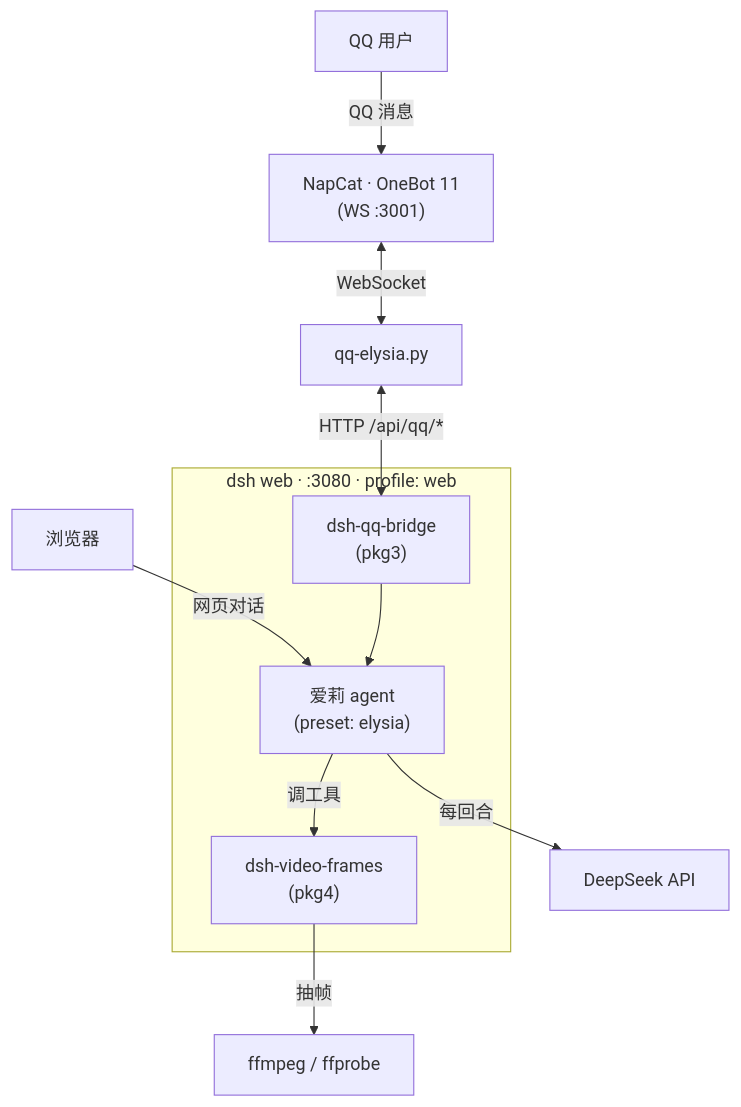
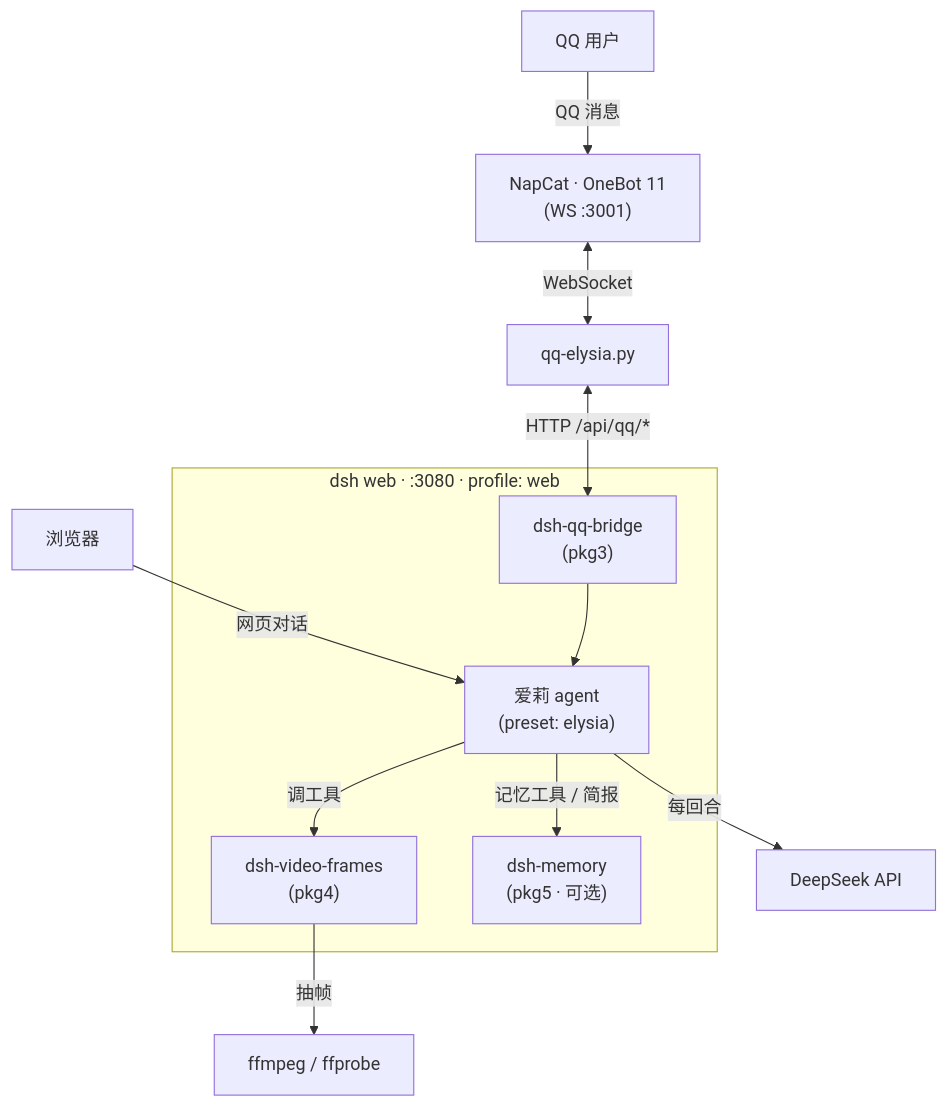
Before and after one commit to Kagurazaka135/Elysia-DSH-Pack: the diagram in README.md, drawn with Mermaid. The commit also changed other lines of this file and 47 other files, not shown here.

Commit message:
feat(memory): dsh-memory 独立成 mod 与 pkg5-memory

````diff
--- a/README.md
+++ b/README.md
@@ -86,25 +90,27 @@
 ```mermaid
 flowchart TB
     B["浏览器"]
     QQ["QQ 用户"]
 
     subgraph DSH["dsh web · :3080 · profile: web"]
         BR["dsh-qq-bridge<br/>(pkg3)"]
         VF["dsh-video-frames<br/>(pkg4)"]
+        MEM["dsh-memory<br/>(pkg5 · 可选)"]
         AG["爱莉 agent<br/>(preset: elysia)"]
     end
 
     NC["NapCat · OneBot 11<br/>(WS :3001)"]
     PY["qq-elysia.py"]
     FF["ffmpeg / ffprobe"]
     LLM["DeepSeek API"]
 
     B -->|"网页对话"| AG
     QQ -->|"QQ 消息"| NC
     NC <-->|"WebSocket"| PY
     PY <-->|"HTTP /api/qq/*"| BR
     BR --> AG
     AG -->|"调工具"| VF
+    AG -->|"记忆工具 / 简报"| MEM
     VF -->|"抽帧"| FF
     AG -->|"每回合"| LLM
 ```
````
